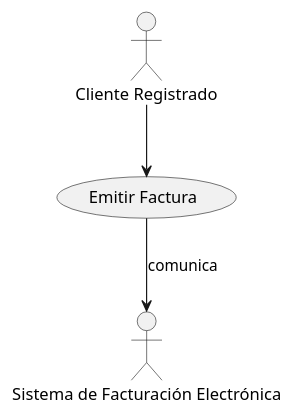
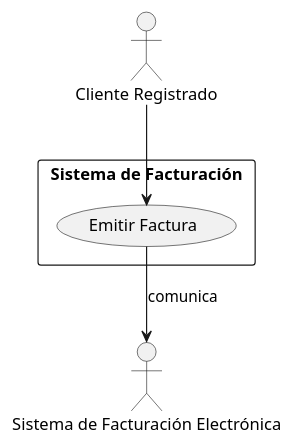
Before and after one commit to gaaguirrer/Clases: the first of 26 diagrams in Ingeniería del Software I/Materiales/Introducción casos de uso.md, drawn with PlantUML. The commit also changed other lines of this file and 14 other files, not shown here.

````diff
--- a/Ingeniería del Software I/Materiales/Introducción casos de uso.md
+++ b/Ingeniería del Software I/Materiales/Introducción casos de uso.md
@@ -39,8 +41,13 @@
 ```plantuml
 @startuml
 :Cliente Registrado: as Cliente
 :Sistema de Facturación Electrónica: as SFE
+
+rectangle "Sistema de Facturación" {
+    (Emitir Factura)
+}
+
 Cliente --> (Emitir Factura)
 (Emitir Factura) --> SFE : comunica
 @enduml
 ```
````
